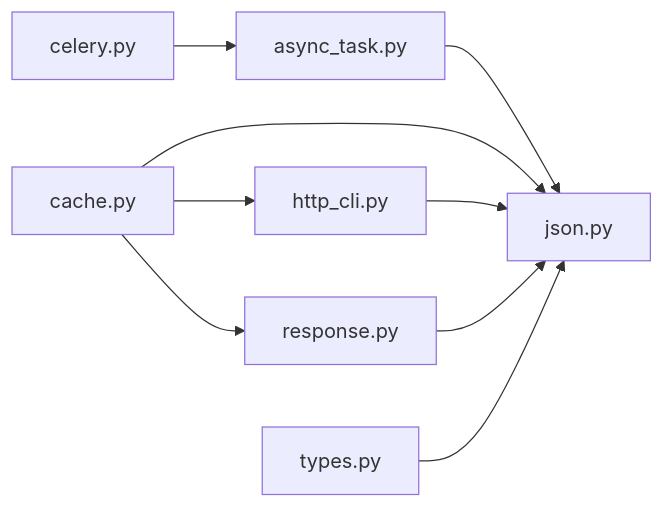
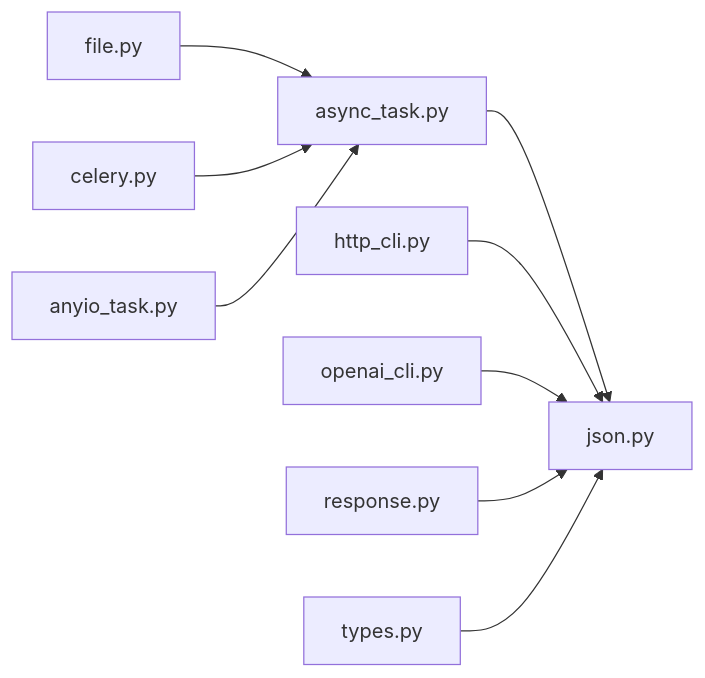
One commit to lilinzezzzzzz/fastapi-backend changed the seventh of 7 diagrams in .qoder/repowiki/zh/content/基础设施工具/通用工具包.md. Above: the diagram before and after it, drawn with Mermaid. The commit also changed other lines of this file and 38 other files, not shown here.

````diff
--- a/.qoder/repowiki/zh/content/基础设施工具/通用工具包.md
+++ b/.qoder/repowiki/zh/content/基础设施工具/通用工具包.md
@@ -664,11 +555,11 @@
 ```mermaid
 graph LR
 AT["async_task.py"] --> J["json.py"]
-CA["cache.py"] --> J
+AF["file.py"] --> AT
 HC["http_cli.py"] --> J
+OC["openai_cli.py"] --> J
 RS["response.py"] --> J
 TP["types.py"] --> J
 CL["celery.py"] --> AT
-CA --> HC
-CA --> RS
+IT["anyio_task.py"] --> AT
 ```
````
